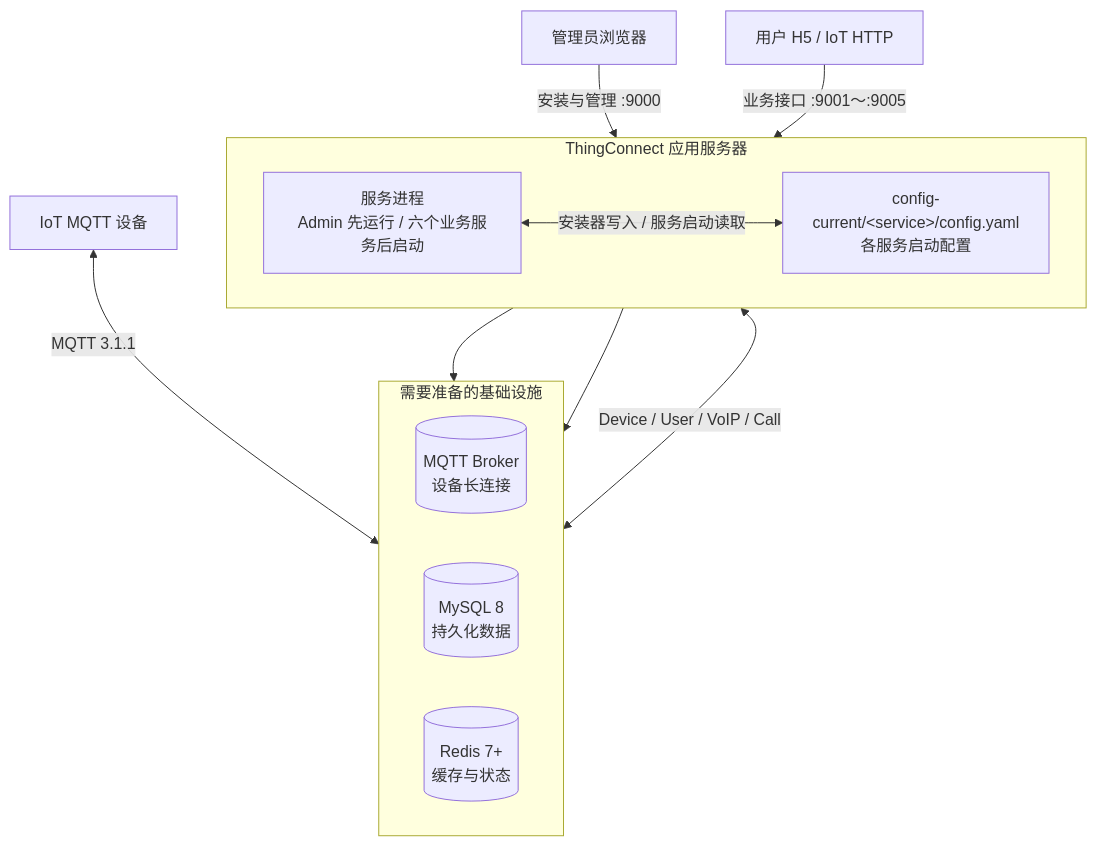
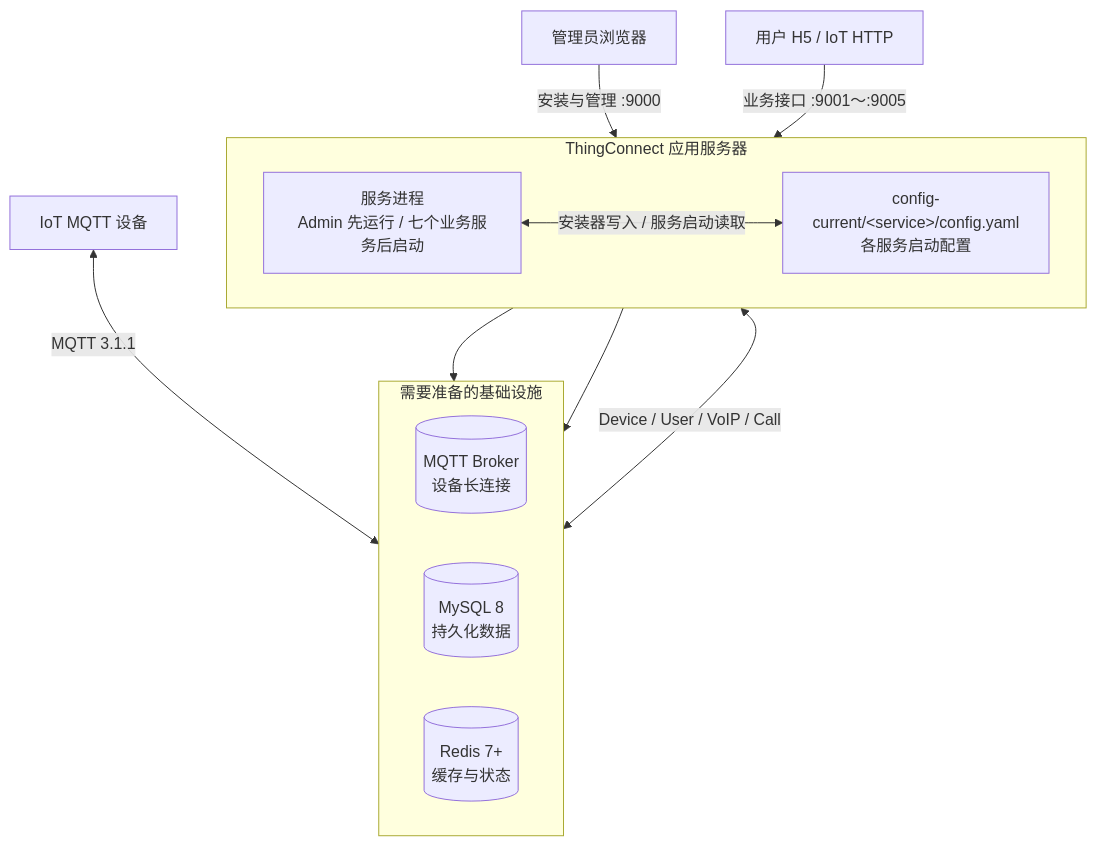
One commit to tangeai/tirtc-server-example changed the diagram in thing-connect/deployment.md. Above: the diagram before and after it, drawn with Mermaid. The commit also changed other lines of this file and 84 other files, not shown here.

````diff
--- a/thing-connect/deployment.md
+++ b/thing-connect/deployment.md
@@ -33,24 +33,24 @@
 ```mermaid
 flowchart TB
     Operator["管理员浏览器"] -->|"安装与管理 :9000"| Services
     Client["用户 H5 / IoT HTTP"] -->|"业务接口 :9001～:9005"| Services
     Device["IoT MQTT 设备"] <-->|"MQTT 3.1.1"| MQTT
 
     subgraph Host["ThingConnect 应用服务器"]
         direction LR
-        Services["服务进程<br/>Admin 先运行 / 六个业务服务后启动"]
+        Services["服务进程<br/>Admin 先运行 / 七个业务服务后启动"]
         Config["config-current/&lt;service&gt;/config.yaml<br/>各服务启动配置"]
         Services <-->|"安装器写入 / 服务启动读取"| Config
     end
 
     subgraph Dependencies["需要准备的基础设施"]
         direction LR
         MySQL[("MySQL 8<br/>持久化数据")]
         Redis[("Redis 7+<br/>缓存与状态")]
         MQTT[("MQTT Broker<br/>设备长连接")]
     end
 
     Services --> MySQL
     Services --> Redis
     Services <-->|"Device / User / VoIP / Call"| MQTT
 ```
````
